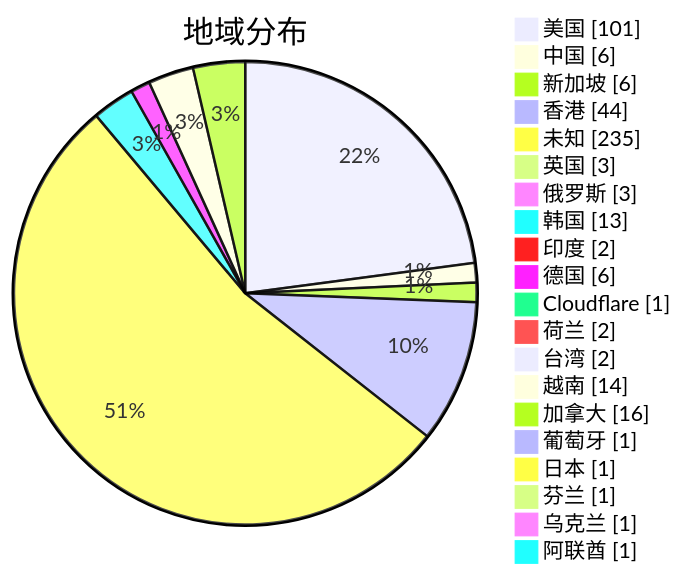
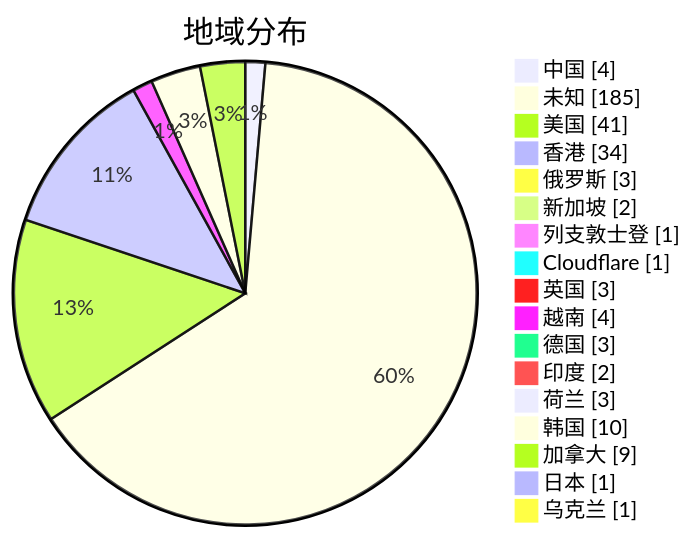
One commit to sinspired/airport changed the second of 3 diagrams in subs/statistics/tested_within.md. Above: the diagram before and after it, drawn with Mermaid. The commit also changed other lines of this file and 2 other files, not shown here.

````diff
--- a/subs/statistics/tested_within.md
+++ b/subs/statistics/tested_within.md
@@ -16,24 +15,21 @@
 ```mermaid
 pie showData
 title 地域分布
-"美国" : 101
-"中国" : 6
-"新加坡" : 6
-"香港" : 44
-"未知" : 235
+"中国" : 4
+"未知" : 185
+"美国" : 41
+"香港" : 34
+"俄罗斯" : 3
+"新加坡" : 2
+"列支敦士登" : 1
+"Cloudflare" : 1
 "英国" : 3
-"俄罗斯" : 3
-"韩国" : 13
+"越南" : 4
+"德国" : 3
 "印度" : 2
-"德国" : 6
-"Cloudflare" : 1
-"荷兰" : 2
-"台湾" : 2
-"越南" : 14
-"加拿大" : 16
-"葡萄牙" : 1
+"荷兰" : 3
+"韩国" : 10
+"加拿大" : 9
 "日本" : 1
-"芬兰" : 1
 "乌克兰" : 1
-"阿联酋" : 1
 ```
````
